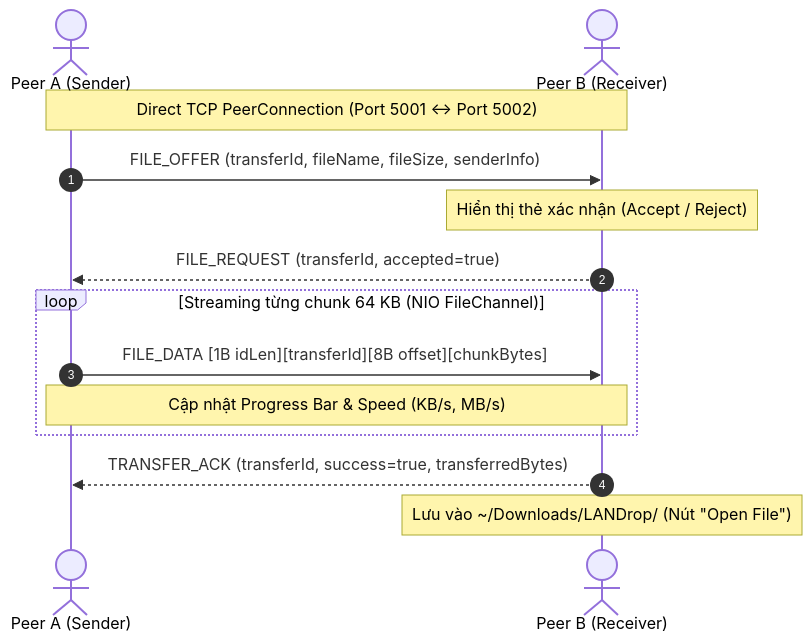
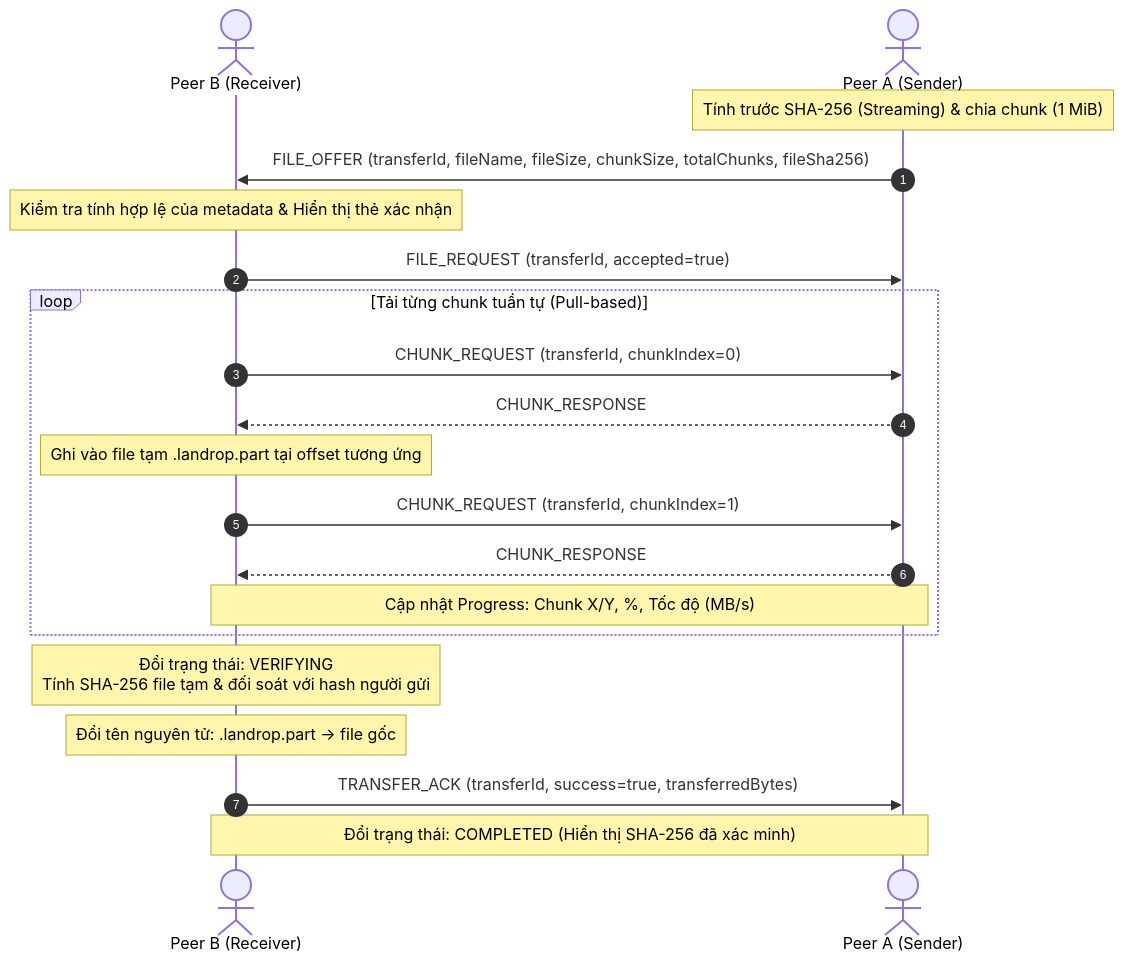
One commit to TheAnh1404/LANDrop changed the diagram in README.md. Above: the diagram before and after it, drawn with Mermaid. The commit also changed other lines of this file and 1 other file, not shown here.

First line of the commit message:
docs: document Phase 7 chunked file transfer, packet framing, and SHA-256 integrity

````diff
--- a/README.md
+++ b/README.md
@@ -155,19 +155,25 @@
 ```mermaid
 sequenceDiagram
     autonumber
+    actor PeerB as Peer B (Receiver)
     actor PeerA as Peer A (Sender)
-    actor PeerB as Peer B (Receiver)
 
-    Note over PeerA,PeerB: Direct TCP PeerConnection (Port 5001 <-> Port 5002)
-    PeerA->>PeerB: FILE_OFFER (transferId, fileName, fileSize, senderInfo)
-    Note over PeerB: Hiển thị thẻ xác nhận (Accept / Reject)
-    PeerB-->>PeerA: FILE_REQUEST (transferId, accepted=true)
-    
-    loop Streaming từng chunk 64 KB (NIO FileChannel)
-        PeerA->>PeerB: FILE_DATA [1B idLen][transferId][8B offset][chunkBytes]
-        Note over PeerA,PeerB: Cập nhật Progress Bar & Speed (KB/s, MB/s)
+    Note over PeerA: Tính trước SHA-256 (Streaming) & chia chunk (1 MiB)
+    PeerA->>PeerB: FILE_OFFER (transferId, fileName, fileSize, chunkSize, totalChunks, fileSha256)
+    Note over PeerB: Kiểm tra tính hợp lệ của metadata & Hiển thị thẻ xác nhận
+    PeerB->>PeerA: FILE_REQUEST (transferId, accepted=true)
+
+    loop Tải từng chunk tuần tự (Pull-based)
+        PeerB->>PeerA: CHUNK_REQUEST (transferId, chunkIndex=0)
+        PeerA-->>PeerB: CHUNK_RESPONSE #0 [1B idLen][transferId][4B idx][4B len][chunkData]
+        Note over PeerB: Ghi vào file tạm .landrop.part tại offset tương ứng
+        PeerB->>PeerA: CHUNK_REQUEST (transferId, chunkIndex=1)
+        PeerA-->>PeerB: CHUNK_RESPONSE #1 [1B idLen][transferId][4B idx][4B len][chunkData]
+        Note over PeerA,PeerB: Cập nhật Progress: Chunk X/Y, %, Tốc độ (MB/s)
     end
 
-    PeerB-->>PeerA: TRANSFER_ACK (transferId, success=true, transferredBytes)
-    Note over PeerB: Lưu vào ~/Downloads/LANDrop/ (Nút "Open File")
+    Note over PeerB: Đổi trạng thái: VERIFYING<br/>Tính SHA-256 file tạm & đối soát với hash người gửi
+    Note over PeerB: Đổi tên nguyên tử: .landrop.part -> file gốc
+    PeerB->>PeerA: TRANSFER_ACK (transferId, success=true, transferredBytes)
+    Note over PeerA,PeerB: Đổi trạng thái: COMPLETED (Hiển thị SHA-256 đã xác minh)
 ```
````
